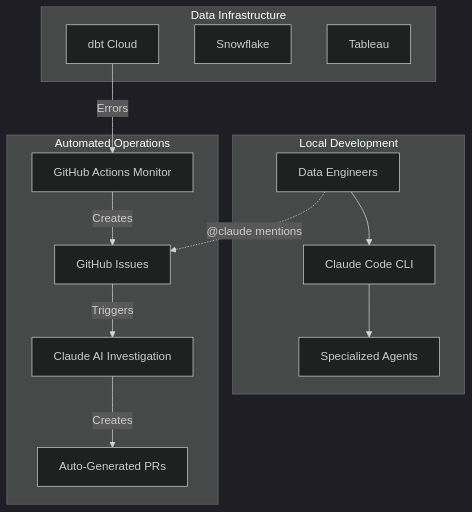
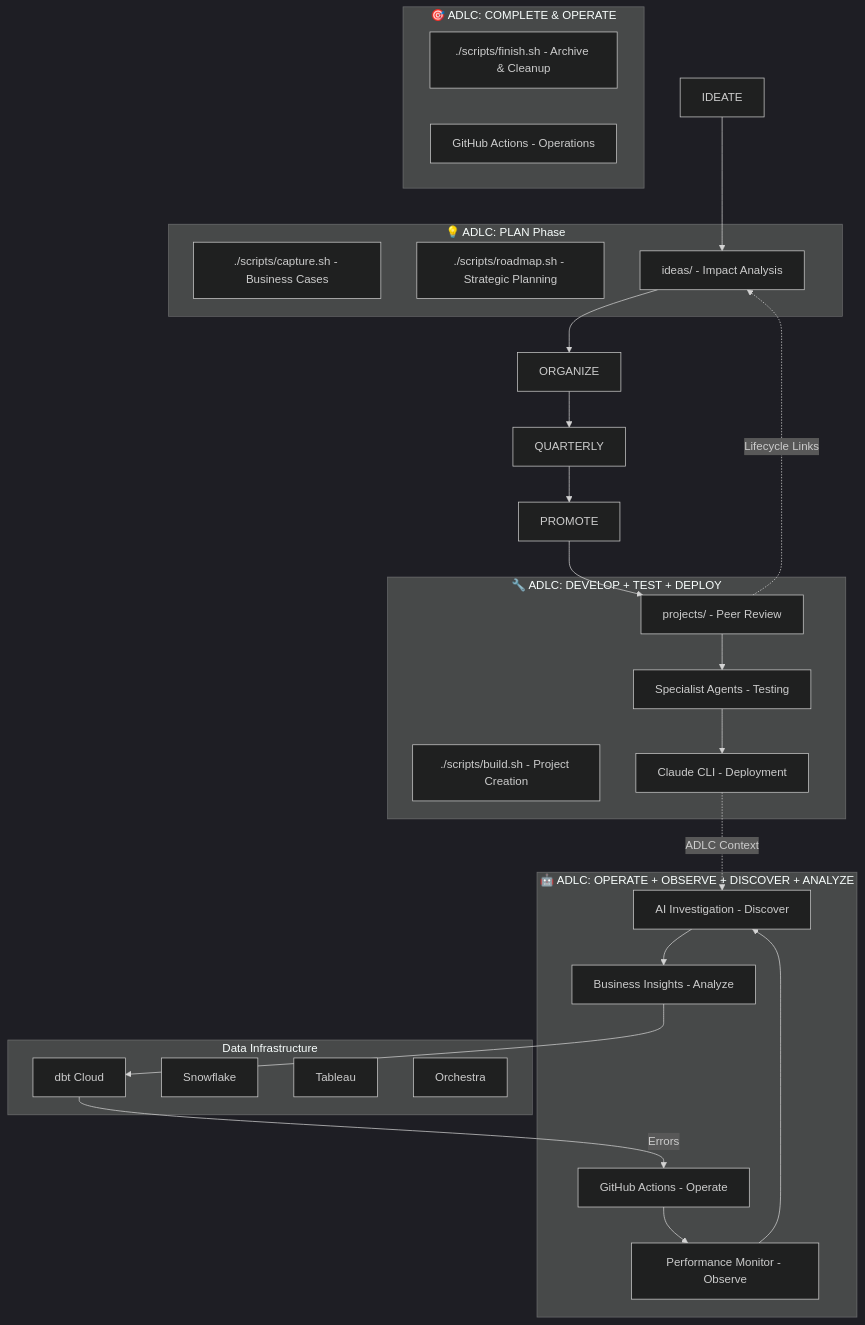
Before and after one commit to dylpickledev/claude-adlc-framework: the diagram in README.md, drawn with Mermaid (dark theme). The commit also changed other lines of this file and 34 other files, not shown here.

````diff
--- a/README.md
+++ b/README.md
@@ -24,30 +27,51 @@
 ```mermaid
 graph TB
+    subgraph "💡 ADLC: PLAN Phase"
+        CAPTURE["./scripts/capture.sh - Business Cases"]
+        ROADMAP["./scripts/roadmap.sh - Strategic Planning"]
+        IDEAS[ideas/ - Impact Analysis]
+    end
+
+    subgraph "🔧 ADLC: DEVELOP + TEST + DEPLOY"
+        BUILD["./scripts/build.sh - Project Creation"]
+        PROJECTS[projects/ - Peer Review]
+        AGENTS[Specialist Agents - Testing]
+        CLI[Claude CLI - Deployment]
+    end
+
+    subgraph "🎯 ADLC: COMPLETE & OPERATE"
+        FINISH["./scripts/finish.sh - Archive & Cleanup"]
+        OPS[GitHub Actions - Operations]
+    end
+
+    subgraph "🤖 ADLC: OPERATE + OBSERVE + DISCOVER + ANALYZE"
+        GHA[GitHub Actions - Operate]
+        MONITOR[Performance Monitor - Observe]
+        INVESTIGATE[AI Investigation - Discover]
+        INSIGHTS[Business Insights - Analyze]
+    end
+
     subgraph "Data Infrastructure"
         DBT[dbt Cloud]
         SF[Snowflake]
         TB[Tableau]
+        ORCH[Orchestra]
     end
 
-    subgraph "Local Development"
-        CLI[Claude Code CLI]
-        AGENTS[Specialized Agents]
-        DEV[Data Engineers]
-    end
-
-    subgraph "Automated Operations"
-        GHA[GitHub Actions Monitor]
-        GI[GitHub Issues]
-        CA[Claude AI Investigation]
-        PR[Auto-Generated PRs]
-    end
+    IDEATE --> IDEAS
+    IDEAS --> ORGANIZE
+    ORGANIZE --> QUARTERLY
+    QUARTERLY --> PROMOTE
+    PROMOTE --> PROJECTS
+    PROJECTS --> AGENTS
+    AGENTS --> CLI
 
     DBT -->|Errors| GHA
-    GHA -->|Creates| GI
-    GI -->|Triggers| CA
-    CA -->|Creates| PR
+    GHA --> MONITOR
+    MONITOR --> INVESTIGATE
+    INVESTIGATE --> INSIGHTS
+    INSIGHTS --> DBT
 
-    DEV --> CLI
-    CLI --> AGENTS
-    DEV -.->|"@claude mentions"| GI
+    CLI -.->|"ADLC Context"| INVESTIGATE
+    PROJECTS -.->|"Lifecycle Links"| IDEAS
 ```
````
